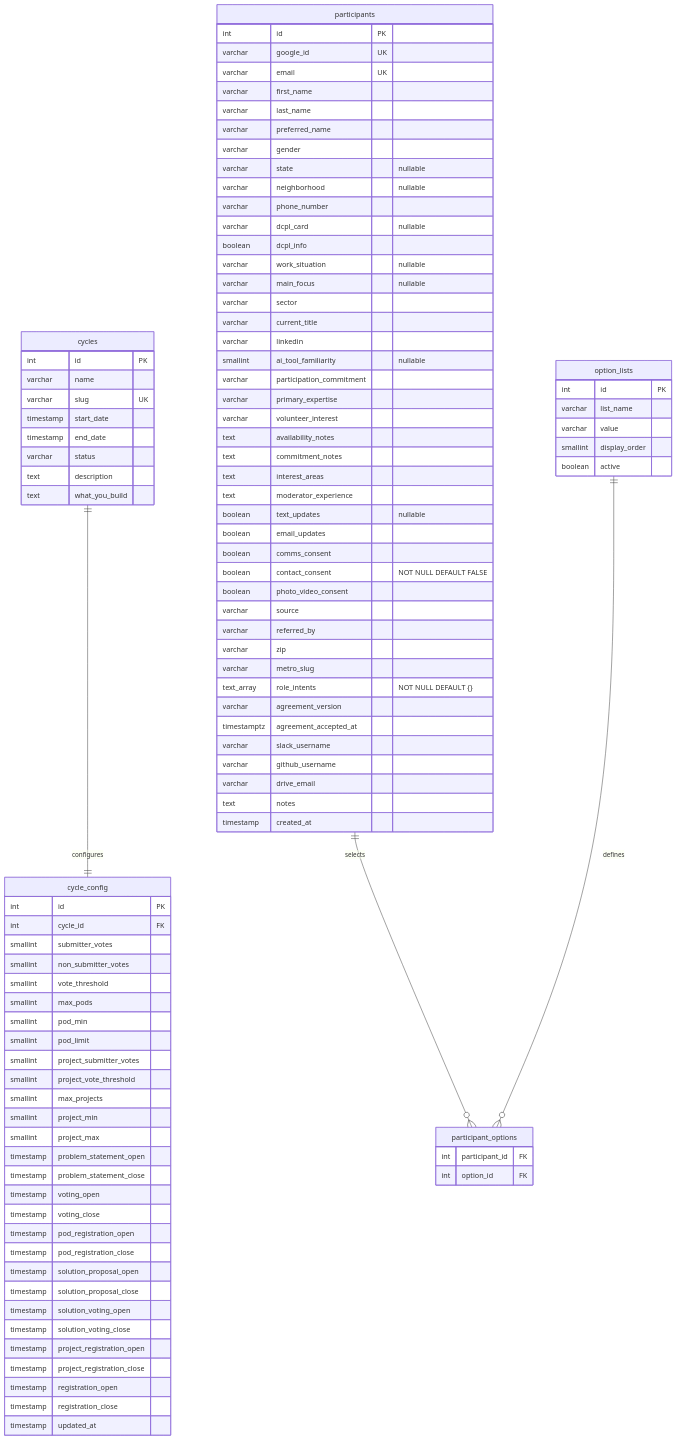
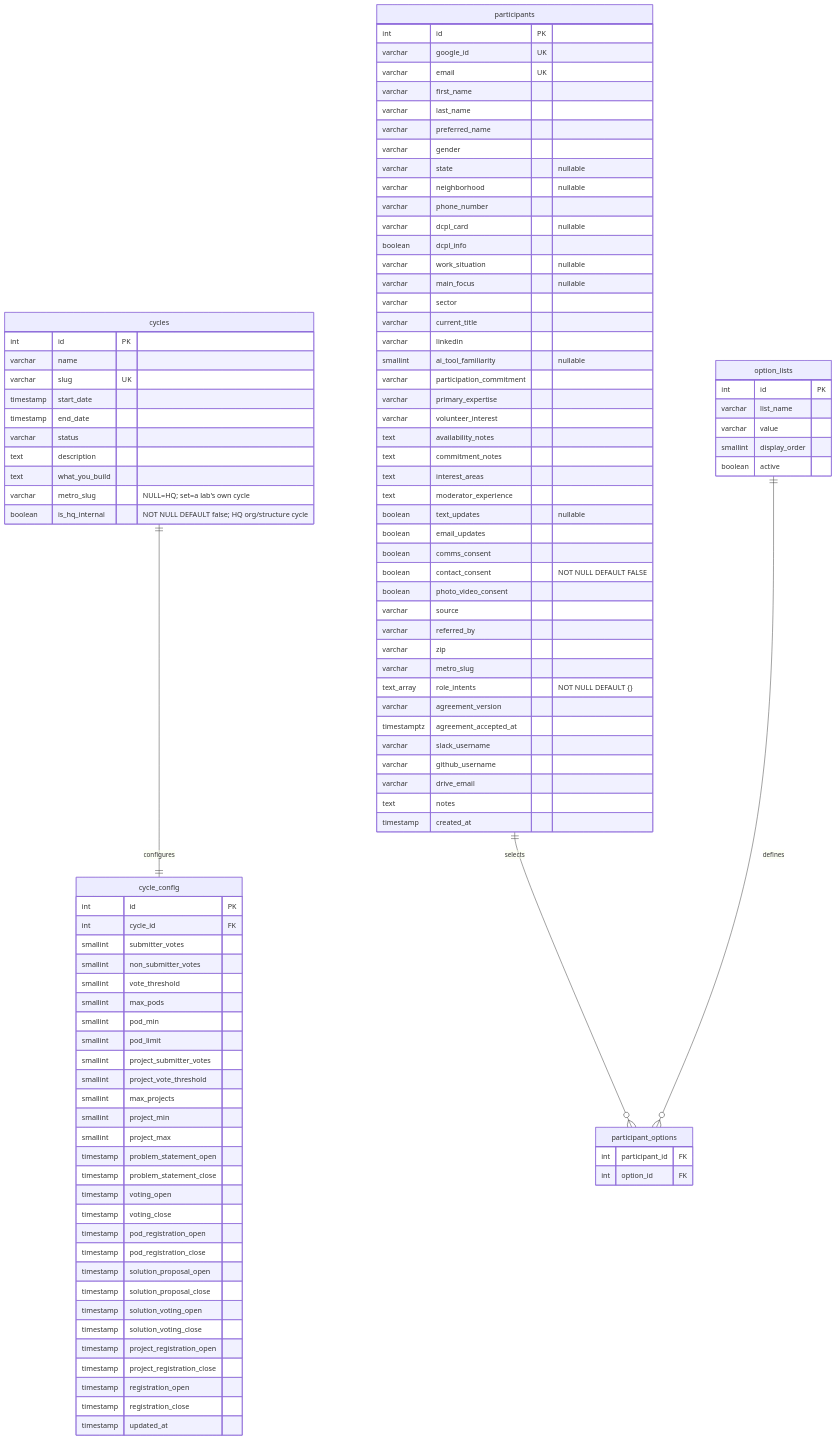
One commit to TheUpskillingLabs/OLOS changed the second of 6 diagrams in SCHEMA.md. Above: the diagram before and after it, drawn with Mermaid. The commit also changed other lines of this file and 27 other files, not shown here.

```diff
--- a/SCHEMA.md
+++ b/SCHEMA.md
@@ -49,6 +49,8 @@
         varchar status
         text description
         text what_you_build
+        varchar metro_slug "NULL=HQ; set=a lab's own cycle"
+        boolean is_hq_internal "NOT NULL DEFAULT false; HQ org/structure cycle"
     }
 
     cycle_config {
```
